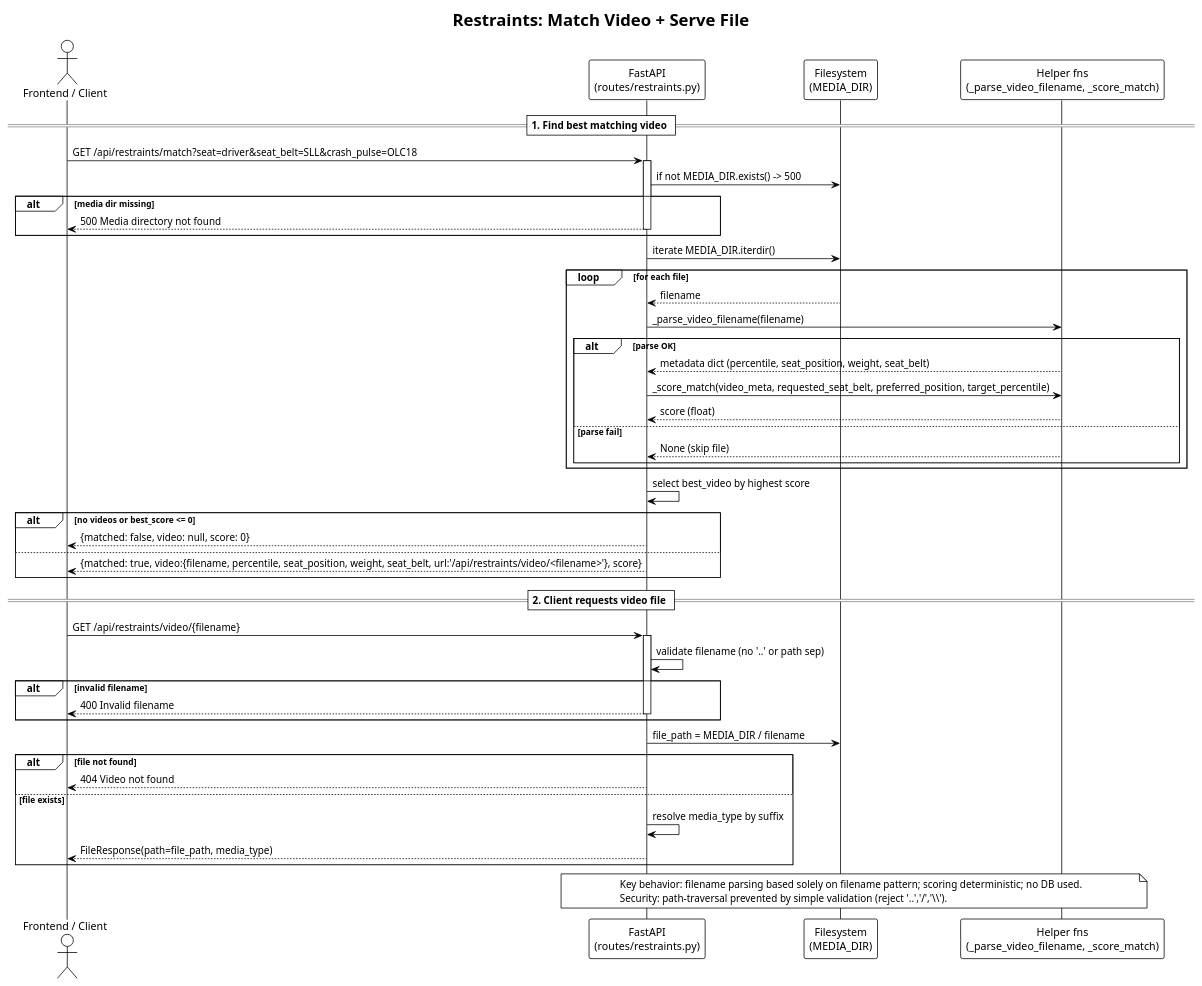
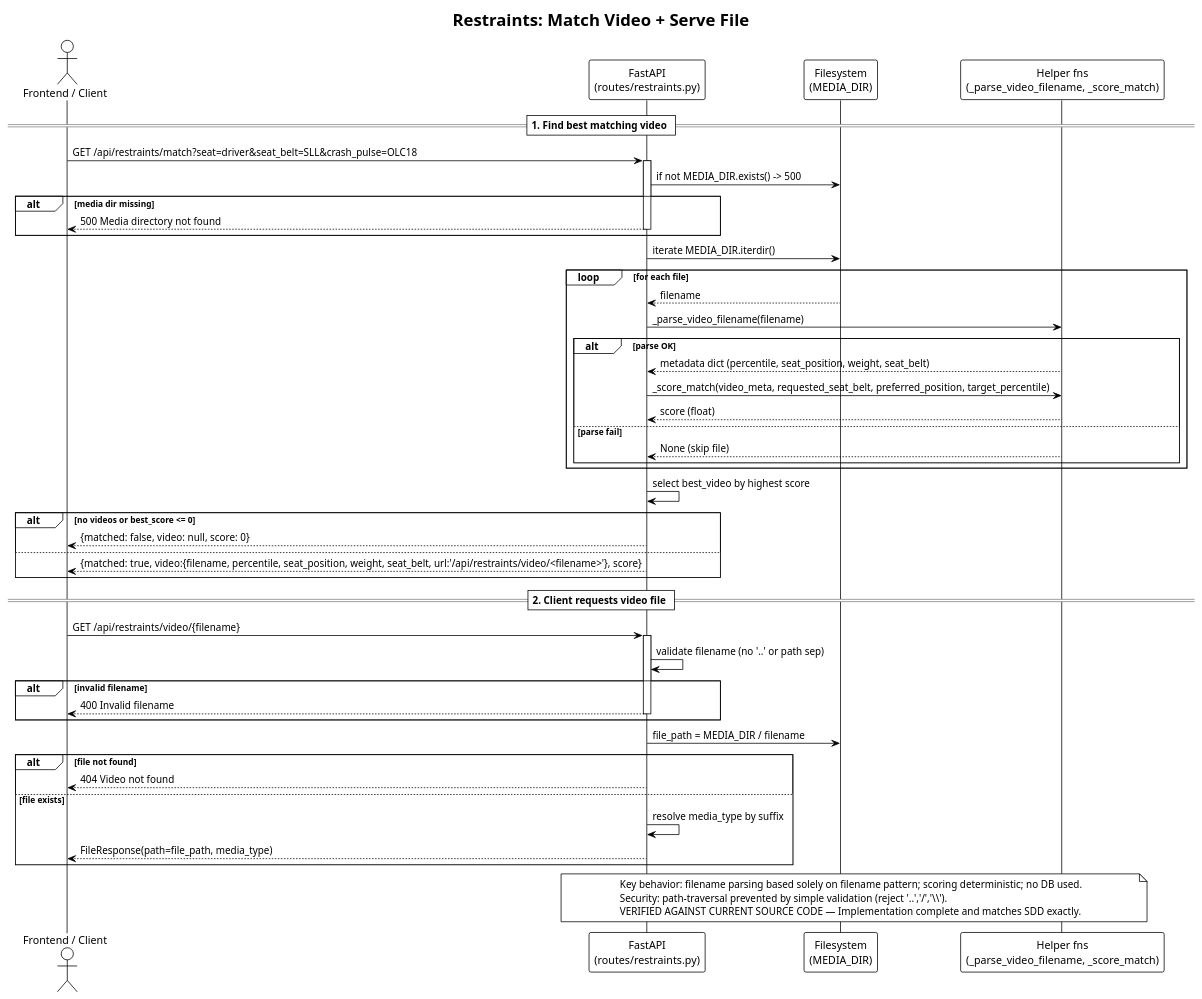
Before and after one commit to 3tdn/car-hmi: the diagram in diagram/SDD/SDD_sequence_restraints.puml, drawn with PlantUML. The commit also changed 9 other files, not shown here.

Commit message:
update SAD and SDD sequence diagrams (part 2)

```diff
--- a/diagram/SDD/SDD_sequence_restraints.puml
+++ b/diagram/SDD/SDD_sequence_restraints.puml
@@ -2,65 +2,66 @@
 @startuml
 !theme plain
 title Restraints: Match Video + Serve File
 
 actor "Frontend / Client" as client
 participant "FastAPI\n(routes/restraints.py)" as api
 participant "Filesystem\n(MEDIA_DIR)" as fs
 participant "Helper fns\n(_parse_video_filename, _score_match)" as helper
 
 == 1. Find best matching video ==
 client -> api : GET /api/restraints/match?seat=driver&seat_belt=SLL&crash_pulse=OLC18
 activate api
 
 api -> fs : if not MEDIA_DIR.exists() -> 500
 alt media dir missing
     api --> client : 500 Media directory not found
     deactivate api
 end
 
 api -> fs : iterate MEDIA_DIR.iterdir()
 loop for each file
     fs --> api : filename
     api -> helper : _parse_video_filename(filename)
     alt parse OK
         helper --> api : metadata dict (percentile, seat_position, weight, seat_belt)
         api -> helper : _score_match(video_meta, requested_seat_belt, preferred_position, target_percentile)
         helper --> api : score (float)
     else parse fail
         helper --> api : None (skip file)
     end
 end
 
 api -> api : select best_video by highest score
 alt no videos or best_score <= 0
     api --> client : {matched: false, video: null, score: 0}
 else
     api --> client : {matched: true, video:{filename, percentile, seat_position, weight, seat_belt, url:'/api/restraints/video/<filename>'}, score}
 end
 deactivate api
 
 == 2. Client requests video file ==
 client -> api : GET /api/restraints/video/{filename}
 activate api
 
 api -> api : validate filename (no '..' or path sep)
 alt invalid filename
     api --> client : 400 Invalid filename
     deactivate api
 end
 
 api -> fs : file_path = MEDIA_DIR / filename
 alt file not found
     api --> client : 404 Video not found
 else file exists
     api -> api : resolve media_type by suffix
     api --> client : FileResponse(path=file_path, media_type)
 end
 deactivate api
 
 note over api, helper
   Key behavior: filename parsing based solely on filename pattern; scoring deterministic; no DB used.
   Security: path-traversal prevented by simple validation (reject '..','/','\\').
+  VERIFIED AGAINST CURRENT SOURCE CODE — Implementation complete and matches SDD exactly.
 end note
 
 @enduml
```
